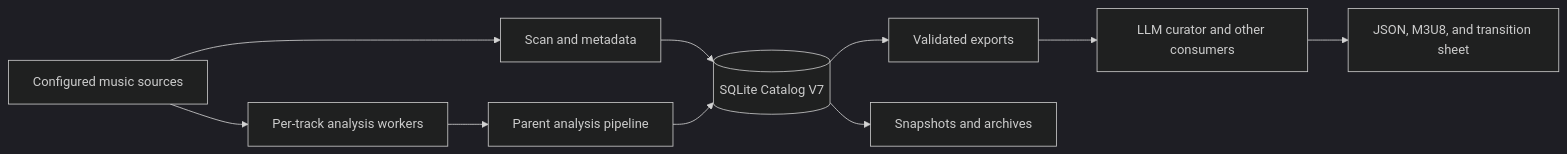
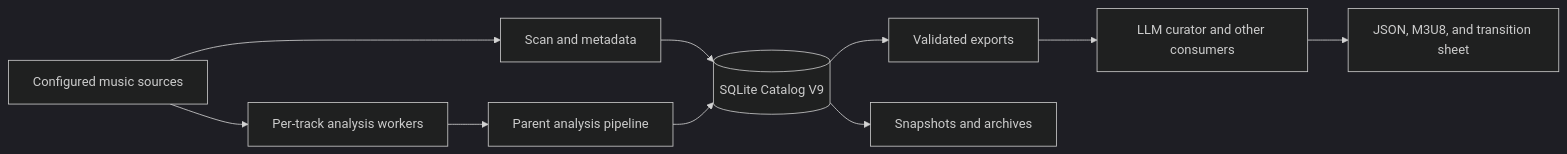
The diagram in docs/ARCHITECTURE.md (fmatsos/dj-digger), drawn with Mermaid (dark theme) before and after one commit. The commit also changed other lines of this file and 66 other files, not shown here.

````diff
--- a/docs/ARCHITECTURE.md
+++ b/docs/ARCHITECTURE.md
@@ -15,12 +15,12 @@
 ```mermaid
 flowchart LR
     Sources[Configured music sources] --> Scan[Scan and metadata]
-    Scan --> Catalog[(SQLite Catalog V7)]
+    Scan --> Catalog[(SQLite Catalog V9)]
     Sources --> Workers[Per-track analysis workers]
     Workers --> Parent[Parent analysis pipeline]
     Parent --> Catalog
     Catalog --> Exports[Validated exports]
     Catalog --> Snapshots[Snapshots and archives]
     Exports --> Curator[LLM curator and other consumers]
     Curator --> Sets[JSON, M3U8, and transition sheet]
 ```
````
